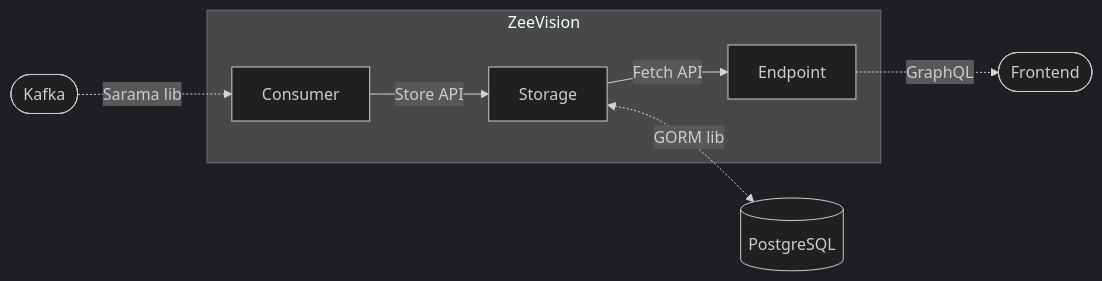
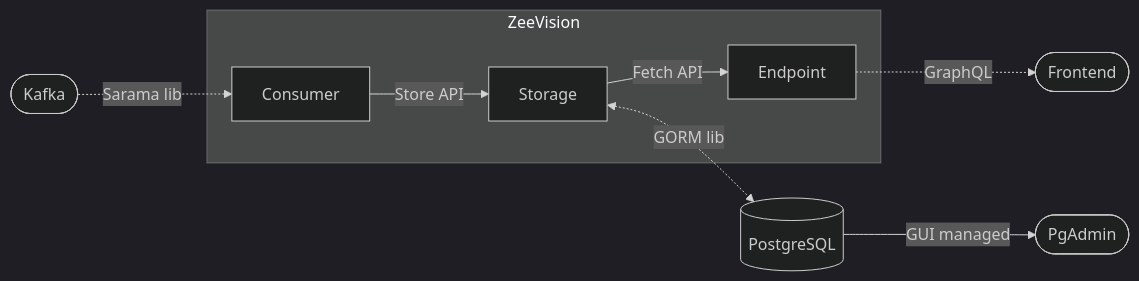
Before and after one commit to ducanhpham0312/zeevision: the diagram in backend/README.md, drawn with Mermaid (dark theme). The commit also changed other lines of this file and 2 other files, not shown here.

````diff
--- a/backend/README.md
+++ b/backend/README.md
@@ -69,10 +98,11 @@
 ```mermaid
 flowchart LR
     kafka([Kafka]) -.->|Sarama lib| Consumer
     subgraph ZeeVision
         Consumer -->|Store API| Storage
         Storage -->|Fetch API| Endpoint
     end
     Storage <-.->|GORM lib| postgres[(PostgreSQL)]
     Endpoint -.->|GraphQL| front([Frontend])
+    postgres[(PostgreSQL)] --> |GUI managed | pgadmin([PgAdmin])
 ```
````
